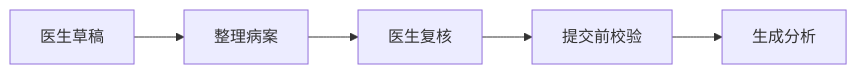
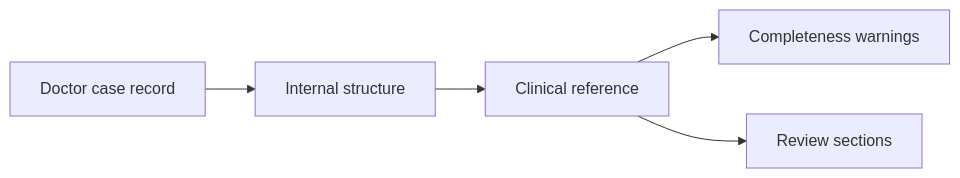
One commit to chiaweiwoo/tcm-diagnosis changed the first of 2 diagrams in README.md. Above: the diagram before and after it, drawn with Mermaid. The commit also changed other lines of this file and 3 other files, not shown here.

````diff
--- a/README.md
+++ b/README.md
@@ -22,7 +20,7 @@
 ```mermaid
 flowchart LR
-    D["医生草稿"] --> O["整理病案"]
-    O --> R["医生复核"]
-    R --> V["提交前校验"]
-    V --> A["生成分析"]
+    D["Doctor case record"] --> O["Internal structure"]
+    O --> A["Clinical reference"]
+    A --> W["Completeness warnings"]
+    A --> R["Review sections"]
 ```
````
